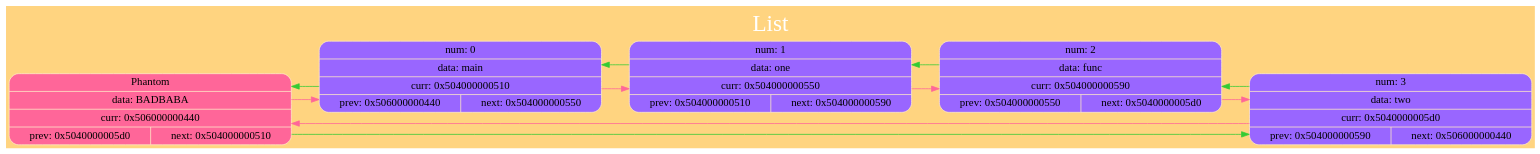
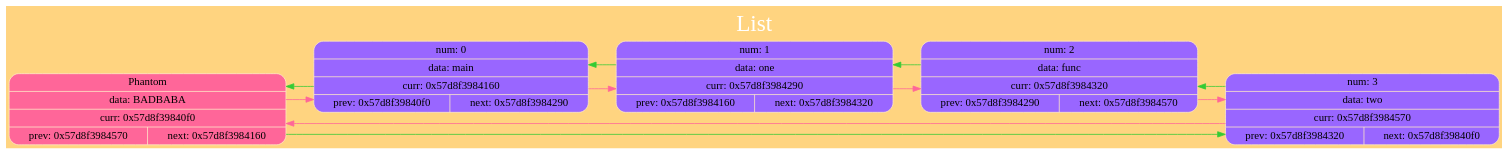
One commit to kand1bober/OOSD-Language changed the diagram in StringList/dump/ListGraph.dot. Above: the diagram before and after it, drawn with Graphviz. The commit also changed 17 other files, not shown here.

```diff
--- a/StringList/dump/ListGraph.dot
+++ b/StringList/dump/ListGraph.dot
@@ -1,28 +1,28 @@
 digraph G
 {
 label="List";
  labelloc="t";
  fontsize=30
  fontname="Verdana";
  fontcolor="#FFFFFF"
 
 rankdir=LR; splines=ortho; size="200,300"; bgcolor="#ffd480";
-{ node_0x506000000440 [shape = record; style="rounded, filled", fillcolor="#ff6699", color="#FFE9C7", label=" { Phantom } | { data: BADBABA } | { curr: 0x506000000440 } | { { prev: 0x5040000005d0 } | { next: 0x504000000510 } }  "] 
+{ node_0x57d8f39840f0 [shape = record; style="rounded, filled", fillcolor="#ff6699", color="#FFE9C7", label=" { Phantom } | { data: BADBABA } | { curr: 0x57d8f39840f0 } | { { prev: 0x57d8f3984570 } | { next: 0x57d8f3984160 } }  "] 
 }
-node_0x504000000510 [shape = record; style="rounded, filled", fillcolor="#9966FF", color="#FFE9C7", label=" { num: 0 } | { data: main } | { curr: 0x504000000510 } | { { prev: 0x506000000440 } | { next: 0x504000000550 } }  "] 
-node_0x504000000550 [shape = record; style="rounded, filled", fillcolor="#9966FF", color="#FFE9C7", label=" { num: 1 } | { data: one } | { curr: 0x504000000550 } | { { prev: 0x504000000510 } | { next: 0x504000000590 } }  "] 
-node_0x504000000590 [shape = record; style="rounded, filled", fillcolor="#9966FF", color="#FFE9C7", label=" { num: 2 } | { data: func } | { curr: 0x504000000590 } | { { prev: 0x504000000550 } | { next: 0x5040000005d0 } }  "] 
-node_0x5040000005d0 [shape = record; style="rounded, filled", fillcolor="#9966FF", color="#FFE9C7", label=" { num: 3 } | { data: two } | { curr: 0x5040000005d0 } | { { prev: 0x504000000590 } | { next: 0x506000000440 } }  "] 
+node_0x57d8f3984160 [shape = record; style="rounded, filled", fillcolor="#9966FF", color="#FFE9C7", label=" { num: 0 } | { data: main } | { curr: 0x57d8f3984160 } | { { prev: 0x57d8f39840f0 } | { next: 0x57d8f3984290 } }  "] 
+node_0x57d8f3984290 [shape = record; style="rounded, filled", fillcolor="#9966FF", color="#FFE9C7", label=" { num: 1 } | { data: one } | { curr: 0x57d8f3984290 } | { { prev: 0x57d8f3984160 } | { next: 0x57d8f3984320 } }  "] 
+node_0x57d8f3984320 [shape = record; style="rounded, filled", fillcolor="#9966FF", color="#FFE9C7", label=" { num: 2 } | { data: func } | { curr: 0x57d8f3984320 } | { { prev: 0x57d8f3984290 } | { next: 0x57d8f3984570 } }  "] 
+node_0x57d8f3984570 [shape = record; style="rounded, filled", fillcolor="#9966FF", color="#FFE9C7", label=" { num: 3 } | { data: two } | { curr: 0x57d8f3984570 } | { { prev: 0x57d8f3984320 } | { next: 0x57d8f39840f0 } }  "] 
 
-node_0x506000000440 -> node_0x504000000510 [color ="#ff6699"];
-node_0x506000000440 -> node_0x5040000005d0 [color ="#34cb34"];
-node_0x504000000510 -> node_0x504000000550 [color ="#ff6699"];
-node_0x504000000510 -> node_0x506000000440 [color ="#34cb34"];
-node_0x504000000550 -> node_0x504000000590 [color ="#ff6699"];
-node_0x504000000550 -> node_0x504000000510 [color ="#34cb34"];
-node_0x504000000590 -> node_0x5040000005d0 [color ="#ff6699"];
-node_0x504000000590 -> node_0x504000000550 [color ="#34cb34"];
-node_0x5040000005d0 -> node_0x506000000440 [color ="#ff6699"];
-node_0x5040000005d0 -> node_0x504000000590 [color ="#34cb34"];
+node_0x57d8f39840f0 -> node_0x57d8f3984160 [color ="#ff6699"];
+node_0x57d8f39840f0 -> node_0x57d8f3984570 [color ="#34cb34"];
+node_0x57d8f3984160 -> node_0x57d8f3984290 [color ="#ff6699"];
+node_0x57d8f3984160 -> node_0x57d8f39840f0 [color ="#34cb34"];
+node_0x57d8f3984290 -> node_0x57d8f3984320 [color ="#ff6699"];
+node_0x57d8f3984290 -> node_0x57d8f3984160 [color ="#34cb34"];
+node_0x57d8f3984320 -> node_0x57d8f3984570 [color ="#ff6699"];
+node_0x57d8f3984320 -> node_0x57d8f3984290 [color ="#34cb34"];
+node_0x57d8f3984570 -> node_0x57d8f39840f0 [color ="#ff6699"];
+node_0x57d8f3984570 -> node_0x57d8f3984320 [color ="#34cb34"];
 
 }
```
